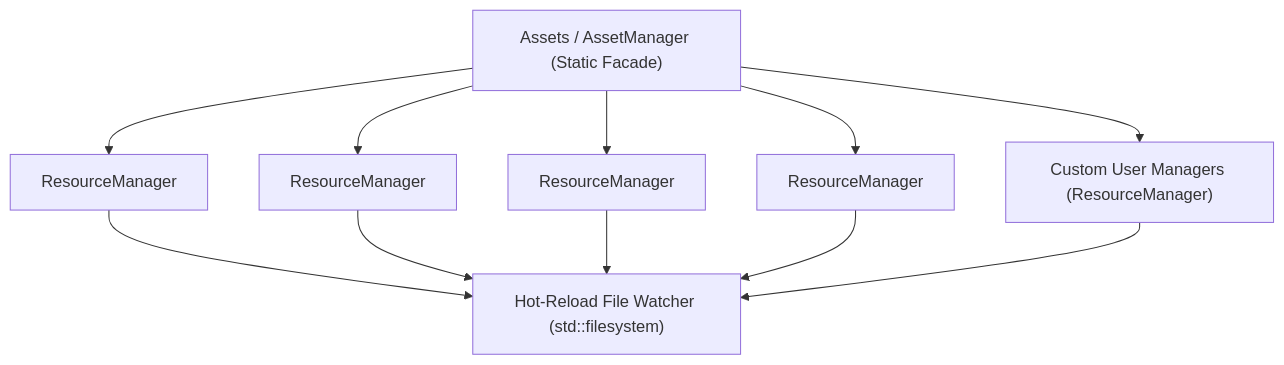
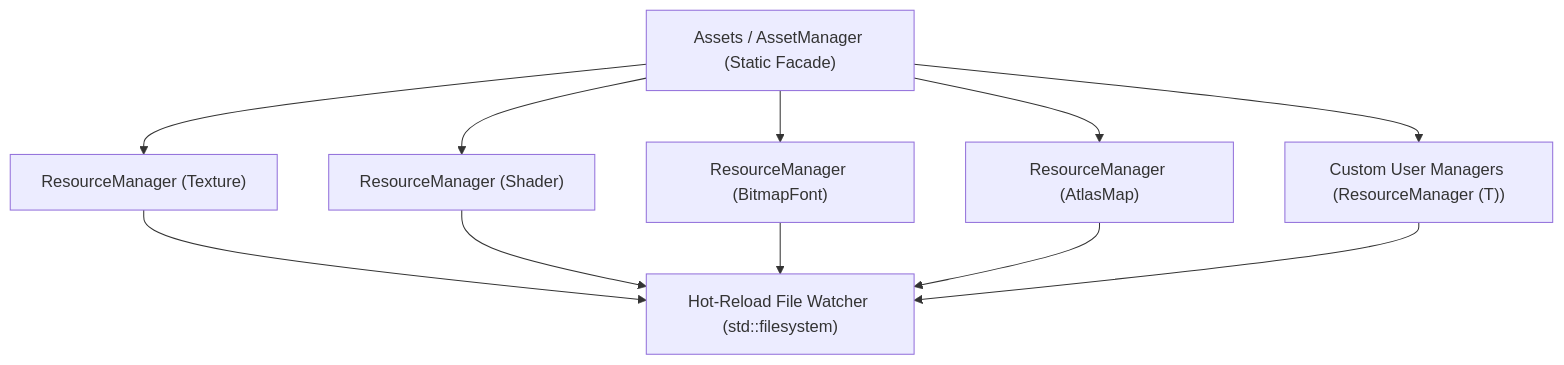
The fourth of 7 diagrams in docs/ARCHITECTURE.md (Linirby/Lili2D), drawn with Mermaid before and after one commit. The commit also changed other lines of this file and 2 other files, not shown here.

````diff
--- a/docs/ARCHITECTURE.md
+++ b/docs/ARCHITECTURE.md
@@ -158,15 +136,15 @@
 ```mermaid
 graph TD
     Facade["Assets / AssetManager (Static Facade)"]
-    Facade --> TexMgr["ResourceManager<Texture>"]
-    Facade --> ShdMgr["ResourceManager<Shader>"]
-    Facade --> FntMgr["ResourceManager<BitmapFont>"]
-    Facade --> AtlMgr["ResourceManager<AtlasMap>"]
-    Facade --> CustMgr["Custom User Managers (ResourceManager<T>)"]
+    Facade --> TexMgr["ResourceManager (Texture)"]
+    Facade --> ShdMgr["ResourceManager (Shader)"]
+    Facade --> FntMgr["ResourceManager (BitmapFont)"]
+    Facade --> AtlMgr["ResourceManager (AtlasMap)"]
+    Facade --> CustMgr["Custom User Managers (ResourceManager (T))"]
     
     TexMgr --> HR["Hot-Reload File Watcher (std::filesystem)"]
     ShdMgr --> HR
     FntMgr --> HR
     AtlMgr --> HR
     CustMgr --> HR
 ```
````
